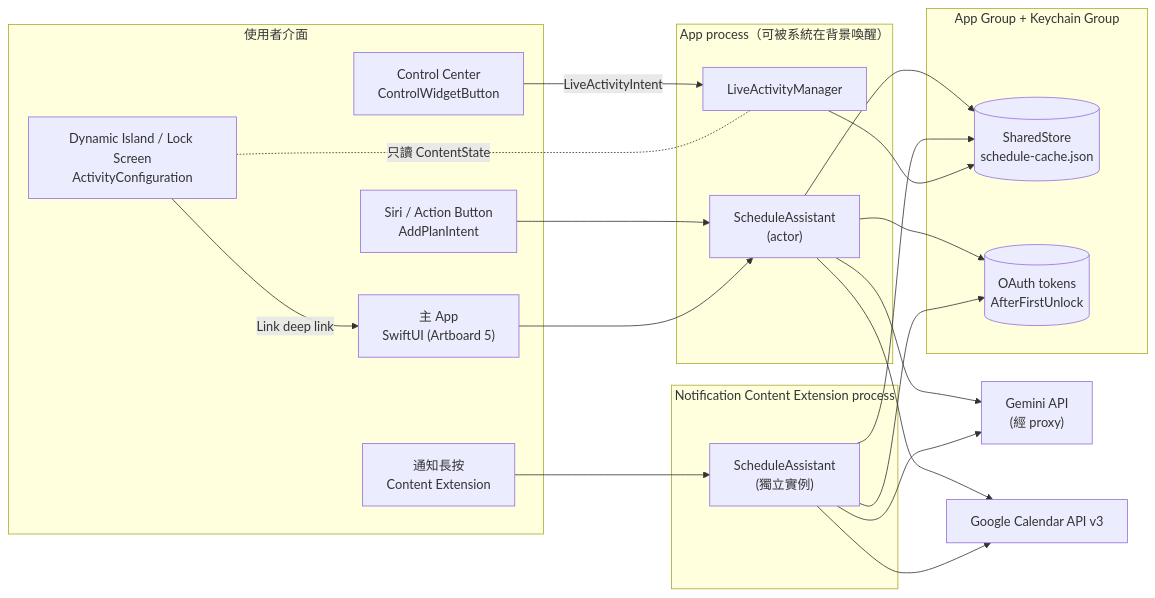
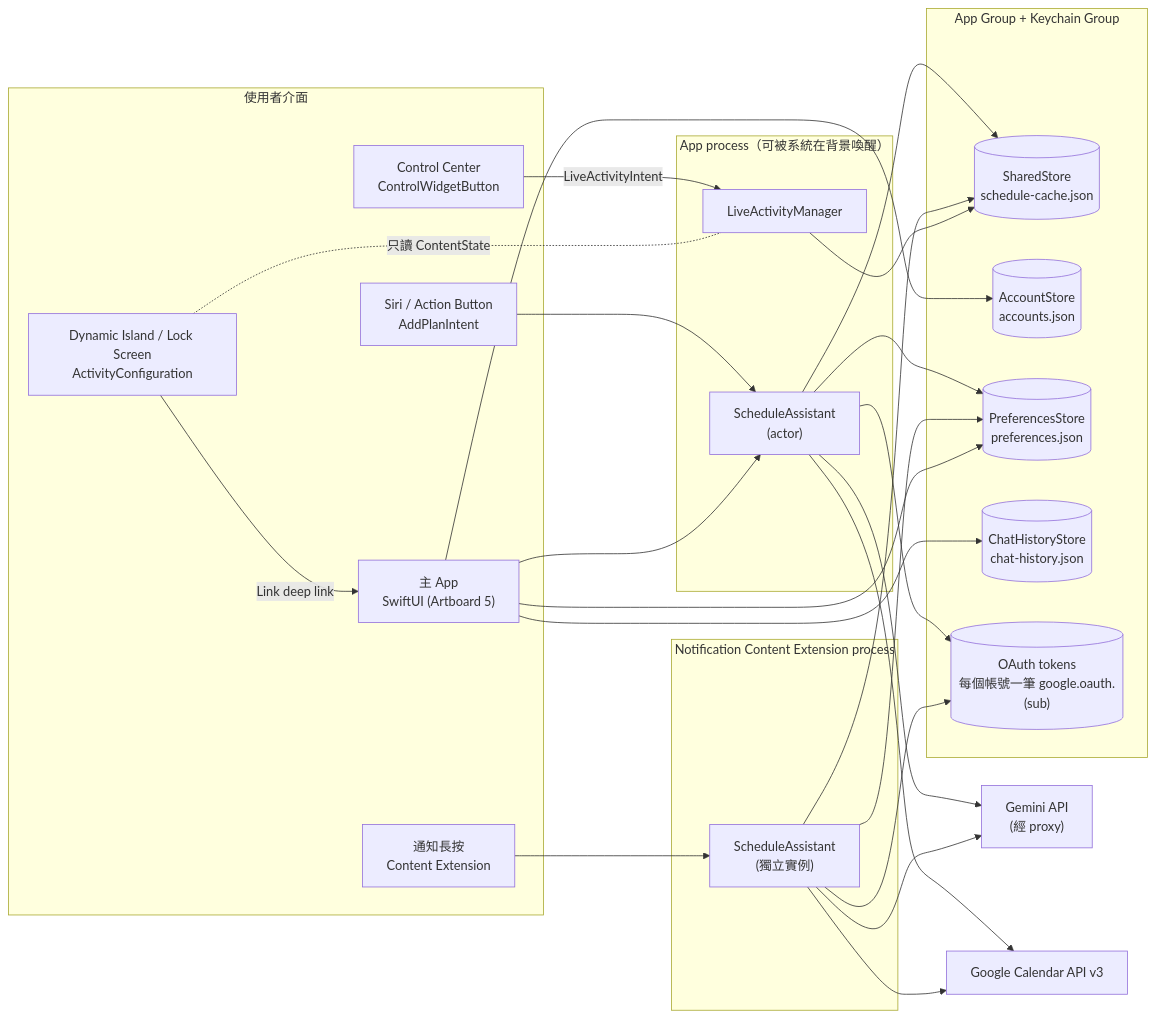
The first of 2 diagrams in docs/ARCHITECTURE.md (kennymaukwen-GIT/Smart-Schedule), drawn with Mermaid before and after one commit. The commit also changed other lines of this file and 135 other files, not shown here.

````diff
--- a/docs/ARCHITECTURE.md
+++ b/docs/ARCHITECTURE.md
@@ -31,39 +36,44 @@
 ```mermaid
 flowchart LR
   subgraph Surfaces["使用者介面"]
     CC["Control Center<br/>ControlWidgetButton"]
     DI["Dynamic Island / Lock Screen<br/>ActivityConfiguration"]
     NT["通知長按<br/>Content Extension"]
     APP["主 App<br/>SwiftUI (Artboard 5)"]
     SIRI["Siri / Action Button<br/>AddPlanIntent"]
   end
 
   subgraph AppProc["App process（可被系統在背景喚醒）"]
     LAM["LiveActivityManager"]
     ASSIST["ScheduleAssistant<br/>(actor)"]
   end
 
   subgraph NotifProc["Notification Content Extension process"]
     ASSIST2["ScheduleAssistant<br/>(獨立實例)"]
   end
 
   subgraph Shared["App Group + Keychain Group"]
     STORE[("SharedStore<br/>schedule-cache.json")]
-    KC[("OAuth tokens<br/>AfterFirstUnlock")]
+    ACC[("AccountStore<br/>accounts.json")]
+    PREF[("PreferencesStore<br/>preferences.json")]
+    CHAT[("ChatHistoryStore<br/>chat-history.json")]
+    KC[("OAuth tokens<br/>每個帳號一筆 google.oauth.(sub)")]
   end
 
   GEM["Gemini API<br/>(經 proxy)"]
   GCAL["Google Calendar API v3"]
 
   CC -- LiveActivityIntent --> LAM
   DI -- Link deep link --> APP
   SIRI --> ASSIST
   APP --> ASSIST
   NT --> ASSIST2
   ASSIST & ASSIST2 --> GEM
   ASSIST & ASSIST2 --> GCAL
   ASSIST & ASSIST2 --> STORE
   LAM --> STORE
   DI -. 只讀 ContentState .- LAM
   ASSIST & ASSIST2 --> KC
+  ASSIST & ASSIST2 --> PREF
+  APP --> ACC & PREF & CHAT
 ```
````
